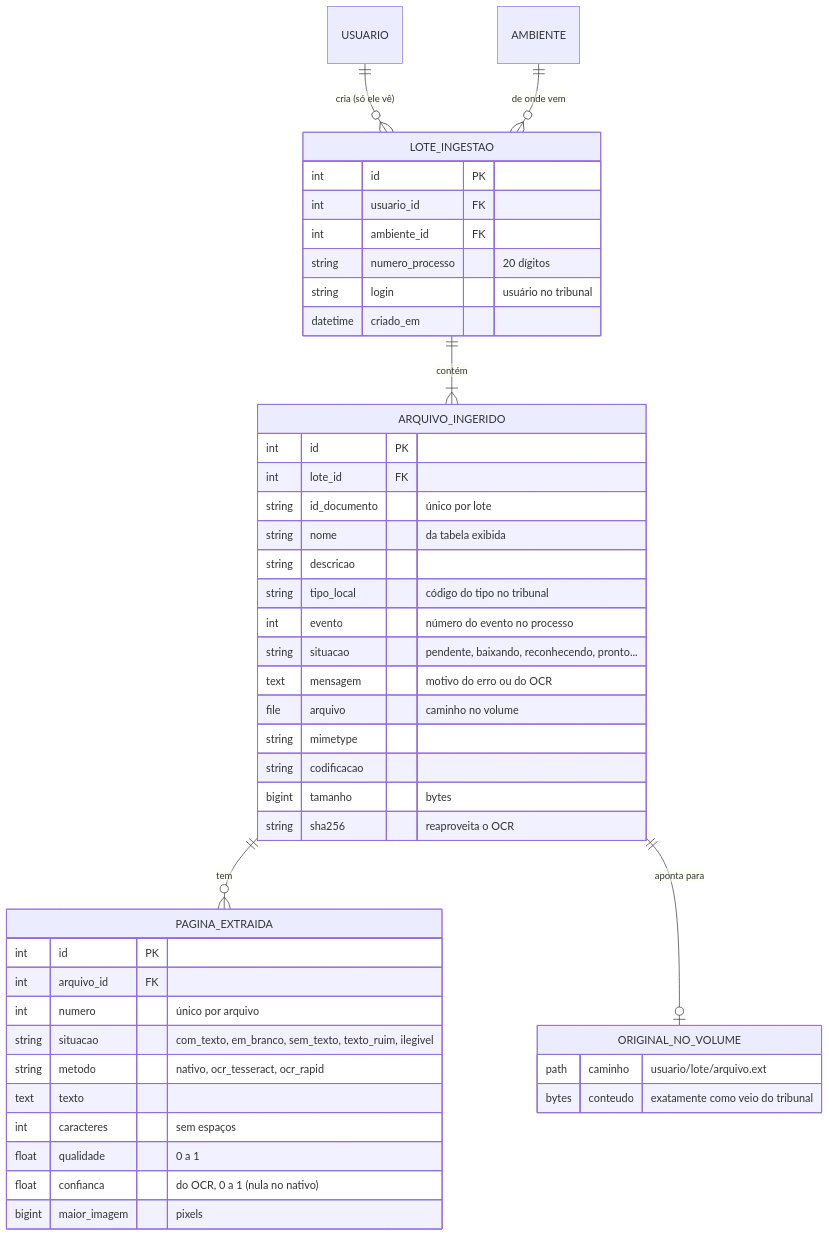
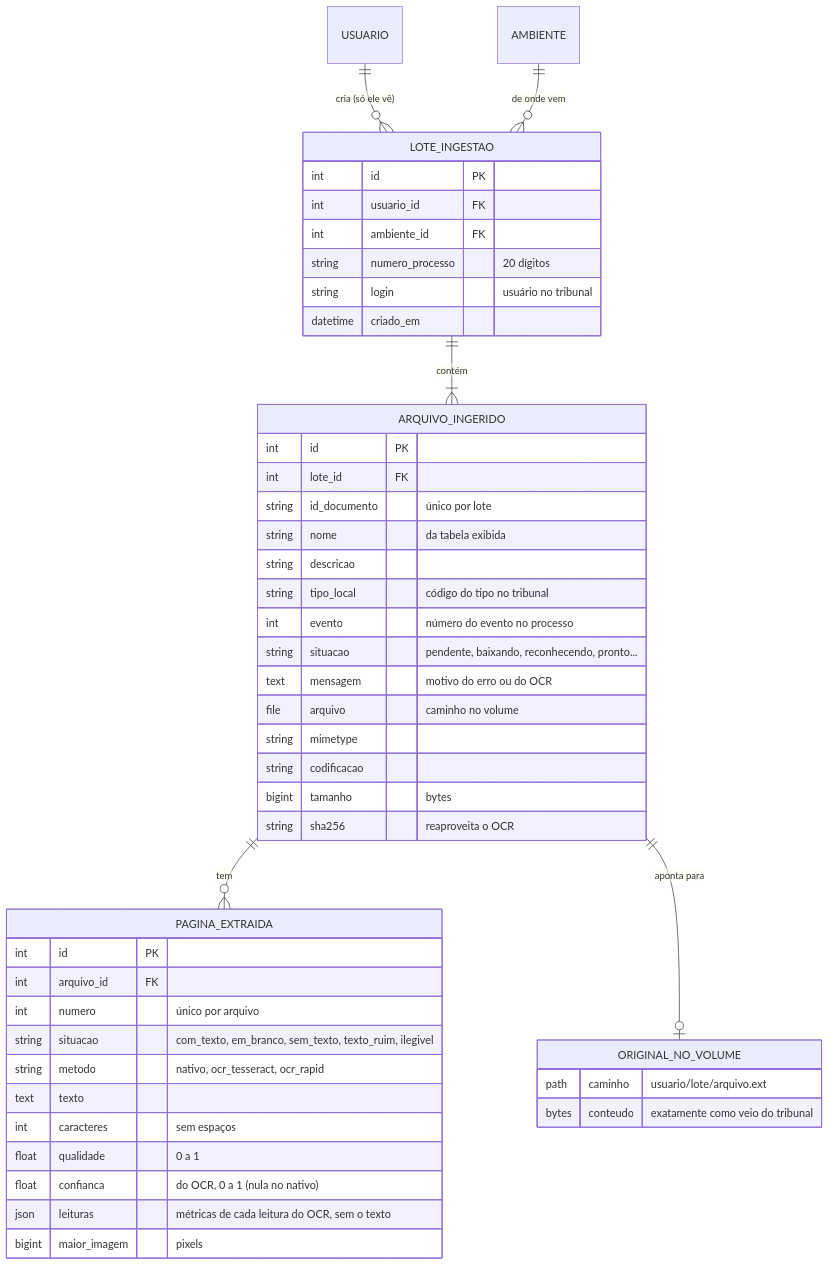
One commit to PauloTorresApps/EloJudicial changed the sixth of 6 diagrams in ingestao/docs/fluxo-da-ingestao.md. Above: the diagram before and after it, drawn with Mermaid. The commit also changed other lines of this file and 9 other files, not shown here.

First line of the commit message:
feat: métricas de cada leitura do OCR para calibrar os limiares

````diff
--- a/ingestao/docs/fluxo-da-ingestao.md
+++ b/ingestao/docs/fluxo-da-ingestao.md
@@ -251,49 +251,50 @@
 ```mermaid
 erDiagram
     USUARIO ||--o{ LOTE_INGESTAO : "cria (só ele vê)"
     AMBIENTE ||--o{ LOTE_INGESTAO : "de onde vem"
     LOTE_INGESTAO ||--|{ ARQUIVO_INGERIDO : "contém"
     ARQUIVO_INGERIDO ||--o{ PAGINA_EXTRAIDA : "tem"
     ARQUIVO_INGERIDO ||--o| ORIGINAL_NO_VOLUME : "aponta para"
 
     LOTE_INGESTAO {
         int id PK
         int usuario_id FK
         int ambiente_id FK
         string numero_processo "20 dígitos"
         string login "usuário no tribunal"
         datetime criado_em
     }
     ARQUIVO_INGERIDO {
         int id PK
         int lote_id FK
         string id_documento "único por lote"
         string nome "da tabela exibida"
         string descricao
         string tipo_local "código do tipo no tribunal"
         int evento "número do evento no processo"
         string situacao "pendente, baixando, reconhecendo, pronto..."
         text mensagem "motivo do erro ou do OCR"
         file arquivo "caminho no volume"
         string mimetype
         string codificacao
         bigint tamanho "bytes"
         string sha256 "reaproveita o OCR"
     }
     PAGINA_EXTRAIDA {
         int id PK
         int arquivo_id FK
         int numero "único por arquivo"
         string situacao "com_texto, em_branco, sem_texto, texto_ruim, ilegivel"
         string metodo "nativo, ocr_tesseract, ocr_rapid"
         text texto
         int caracteres "sem espaços"
         float qualidade "0 a 1"
         float confianca "do OCR, 0 a 1 (nula no nativo)"
+        json leituras "métricas de cada leitura do OCR, sem o texto"
         bigint maior_imagem "pixels"
     }
     ORIGINAL_NO_VOLUME {
         path caminho "usuario/lote/arquivo.ext"
         bytes conteudo "exatamente como veio do tribunal"
     }
 ```
````
